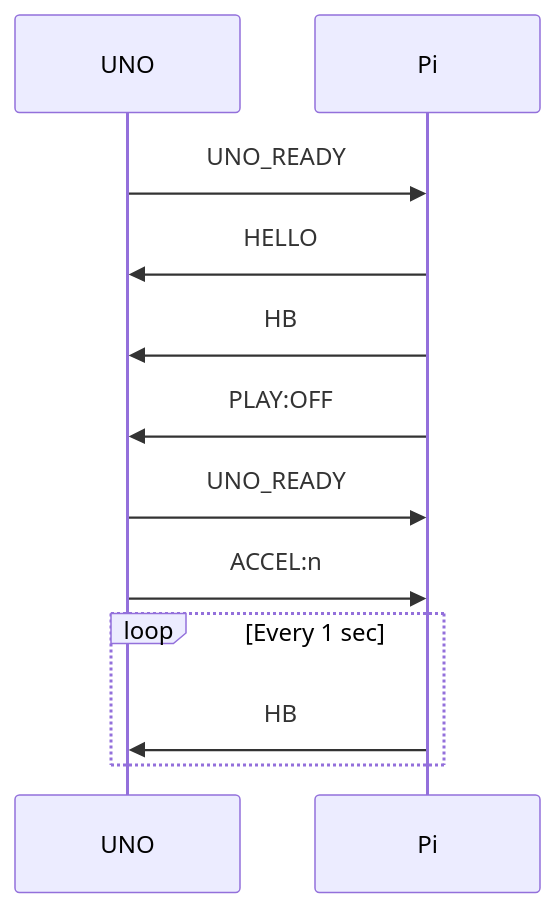
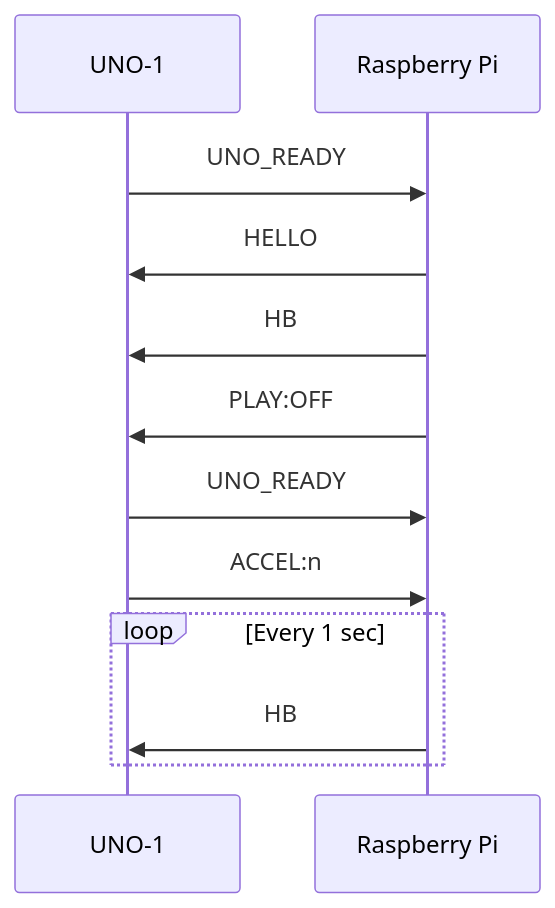
Before and after one commit to jeong0449/FluidArdule: the first of 4 diagrams in docs/uno1-pi-serial-protocol.md, drawn with Mermaid. The commit also changed other lines of this file, not shown here.

````diff
--- a/docs/uno1-pi-serial-protocol.md
+++ b/docs/uno1-pi-serial-protocol.md
@@ -93,16 +175,16 @@
 ```mermaid
 sequenceDiagram
-    participant UNO
-    participant Pi
+    participant UNO as UNO-1
+    participant Pi as Raspberry Pi
 
     UNO->>Pi: UNO_READY
     Pi->>UNO: HELLO
     Pi->>UNO: HB
     Pi->>UNO: PLAY:OFF
     UNO->>Pi: UNO_READY
     UNO->>Pi: ACCEL:n
 
     loop Every 1 sec
         Pi->>UNO: HB
     end
 ```
````
